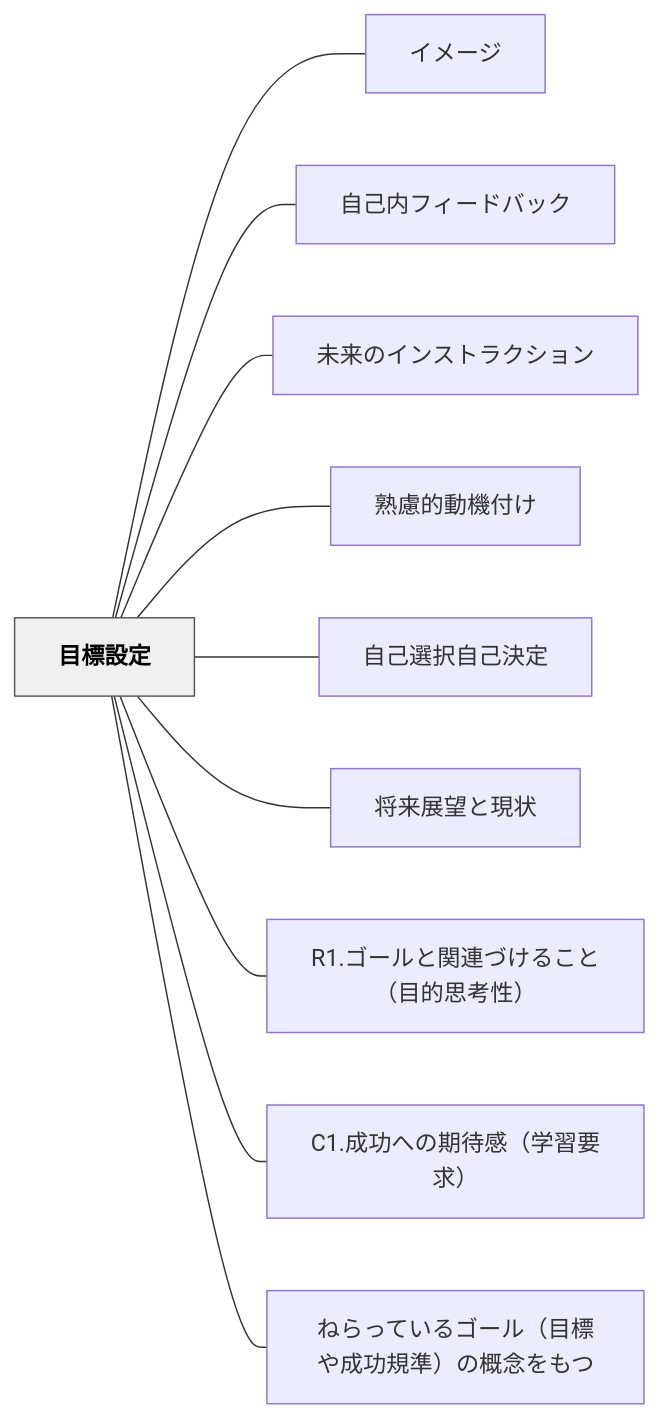
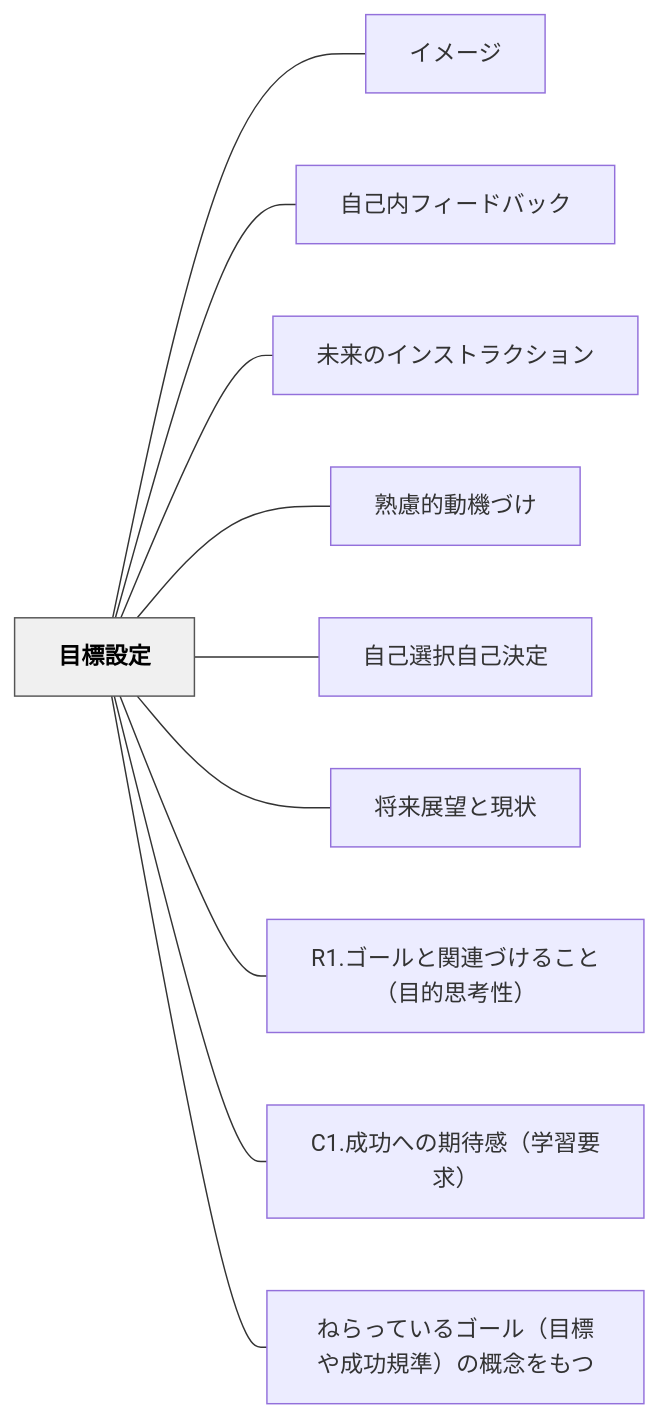
The diagram in content/パタン/目標設定.md (unknownthings-ed-patterns/unknownthings-ed-patterns), drawn with Mermaid before and after one commit. The commit also changed other lines of this file and 234 other files, not shown here.

````diff
--- a/content/パタン/目標設定.md
+++ b/content/パタン/目標設定.md
@@ -43,26 +43,26 @@
 ```mermaid
 flowchart LR
     ne79baee6a899e8a8ade5ae9a["目標設定"]
     ne382a4e383a1e383bce382b8["イメージ"]
     ne887aae5b7b1e58685e38395e382a3e383bce38389e38390e38383e382af["自己内フィードバック"]
     ne69caae69da5e381aee382a4e383b3e382b9e38388e383a9e382afe382b7e383a7e383b3["未来のインストラクション"]
-    ne7869fe685aee79a84e58b95e6a99fe4bb98e38191["熟慮的動機付け"]
+    ne7869fe685aee79a84e58b95e6a99fe381a5e38191["熟慮的動機づけ"]
     ne887aae5b7b1e981b8e68a9ee887aae5b7b1e6b1bae5ae9a["自己選択自己決定"]
     ne5b086e69da5e5b195e69c9be381a8e78fbee78ab6["将来展望と現状"]
     n52312ee382b4e383bce383abe381a8e996a2e980a3e381a5e38191e3828be38193e381a8efbc88e79baee79a84e6809de88083e680a7efbc89["R1.ゴールと関連づけること（目的思考性）"]
     n43312ee68890e58a9fe381b8e381aee69c9fe5be85e6849fefbc88e5ada6e7bf92e8a681e6b182efbc89["C1.成功への期待感（学習要求）"]
     ne381ade38289e381a3e381a6e38184e3828be382b4e383bce383abefbc88e79baee6a899e38284e68890e58a9fe8a68fe6ba96efbc89e381aee6a682e5bfb5e38292e38282e381a4["ねらっているゴール（目標や成功規準）の概念をもつ"]
 
     ne79baee6a899e8a8ade5ae9a --- ne382a4e383a1e383bce382b8
     ne79baee6a899e8a8ade5ae9a --- ne887aae5b7b1e58685e38395e382a3e383bce38389e38390e38383e382af
     ne79baee6a899e8a8ade5ae9a --- ne69caae69da5e381aee382a4e383b3e382b9e38388e383a9e382afe382b7e383a7e383b3
-    ne79baee6a899e8a8ade5ae9a --- ne7869fe685aee79a84e58b95e6a99fe4bb98e38191
+    ne79baee6a899e8a8ade5ae9a --- ne7869fe685aee79a84e58b95e6a99fe381a5e38191
     ne79baee6a899e8a8ade5ae9a --- ne887aae5b7b1e981b8e68a9ee887aae5b7b1e6b1bae5ae9a
     ne79baee6a899e8a8ade5ae9a --- ne5b086e69da5e5b195e69c9be381a8e78fbee78ab6
     ne79baee6a899e8a8ade5ae9a --- n52312ee382b4e383bce383abe381a8e996a2e980a3e381a5e38191e3828be38193e381a8efbc88e79baee79a84e6809de88083e680a7efbc89
     ne79baee6a899e8a8ade5ae9a --- n43312ee68890e58a9fe381b8e381aee69c9fe5be85e6849fefbc88e5ada6e7bf92e8a681e6b182efbc89
     ne79baee6a899e8a8ade5ae9a --- ne381ade38289e381a3e381a6e38184e3828be382b4e383bce383abefbc88e79baee6a899e38284e68890e58a9fe8a68fe6ba96efbc89e381aee6a682e5bfb5e38292e38282e381a4
 
     classDef hub fill:#f0f0f0,stroke:#555,color:#000,font-weight:bold
     class ne79baee6a899e8a8ade5ae9a hub
 ```
````
